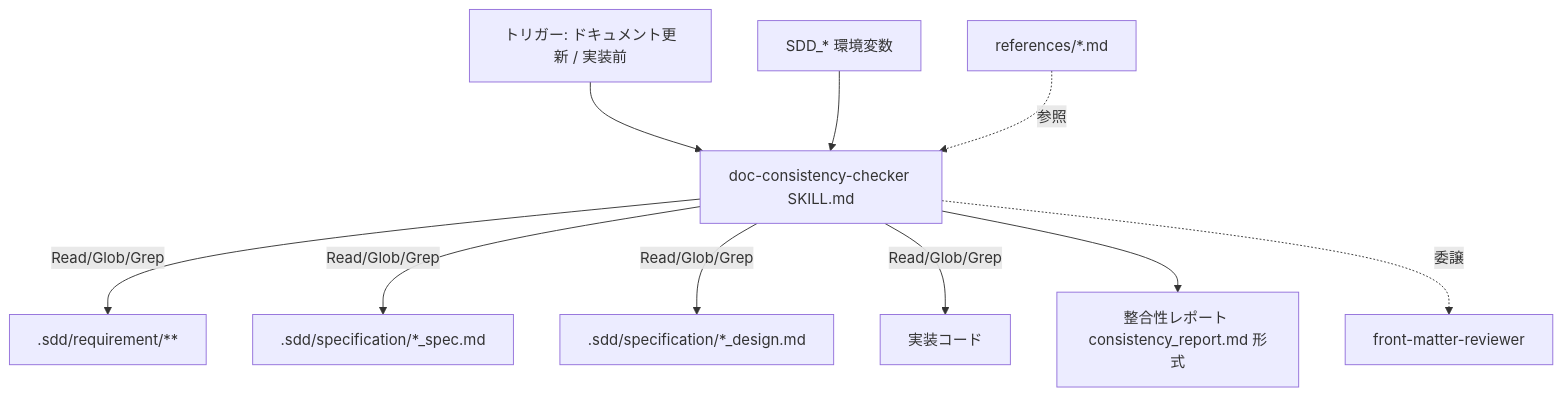
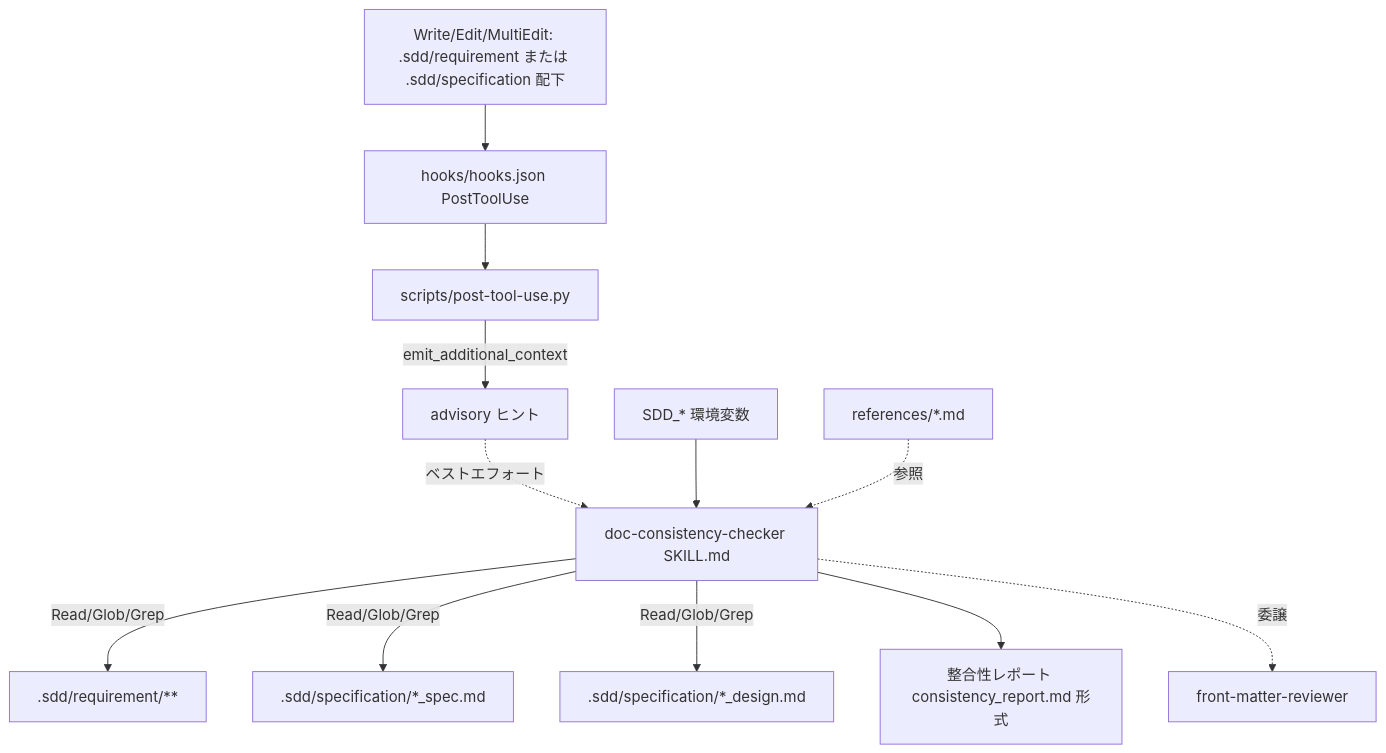
One commit to ToshikiImagawa/ai-sdd-workflow-dev changed the diagram in .sdd/specification/quality-guardrails/doc-consistency-check_design.md. Above: the diagram before and after it, drawn with Mermaid. The commit also changed other lines of this file and 9 other files, not shown here.

First line of the commit message:
[fix] 生成後の CONSTITUTION.md 原則違反自動検出を強化し、doc-consistency-checker の実態と設計書のズレを解消 (#50)

````diff
--- a/.sdd/specification/quality-guardrails/doc-consistency-check_design.md
+++ b/.sdd/specification/quality-guardrails/doc-consistency-check_design.md
@@ -70,12 +71,14 @@
 ```mermaid
 graph TD
-    Trigger[トリガー: ドキュメント更新 / 実装前] --> Skill[doc-consistency-checker SKILL.md]
+    FileEdit[Write/Edit/MultiEdit: .sdd/requirement または .sdd/specification 配下] --> Hook[hooks/hooks.json PostToolUse]
+    Hook --> Script[scripts/post-tool-use.py]
+    Script -->|emit_additional_context| Hint[advisory ヒント]
+    Hint -.ベストエフォート.-> Skill[doc-consistency-checker SKILL.md]
     EnvVars[SDD_* 環境変数] --> Skill
     Skill -->|Read/Glob/Grep| PRD[.sdd/requirement/**]
     Skill -->|Read/Glob/Grep| Spec[.sdd/specification/*_spec.md]
     Skill -->|Read/Glob/Grep| Design[.sdd/specification/*_design.md]
-    Skill -->|Read/Glob/Grep| Impl[実装コード]
     Refs[references/*.md] -.参照.-> Skill
     Skill --> Report[整合性レポート consistency_report.md 形式]
     Skill -.委譲.-> FMReviewer[front-matter-reviewer]
 ```
````
